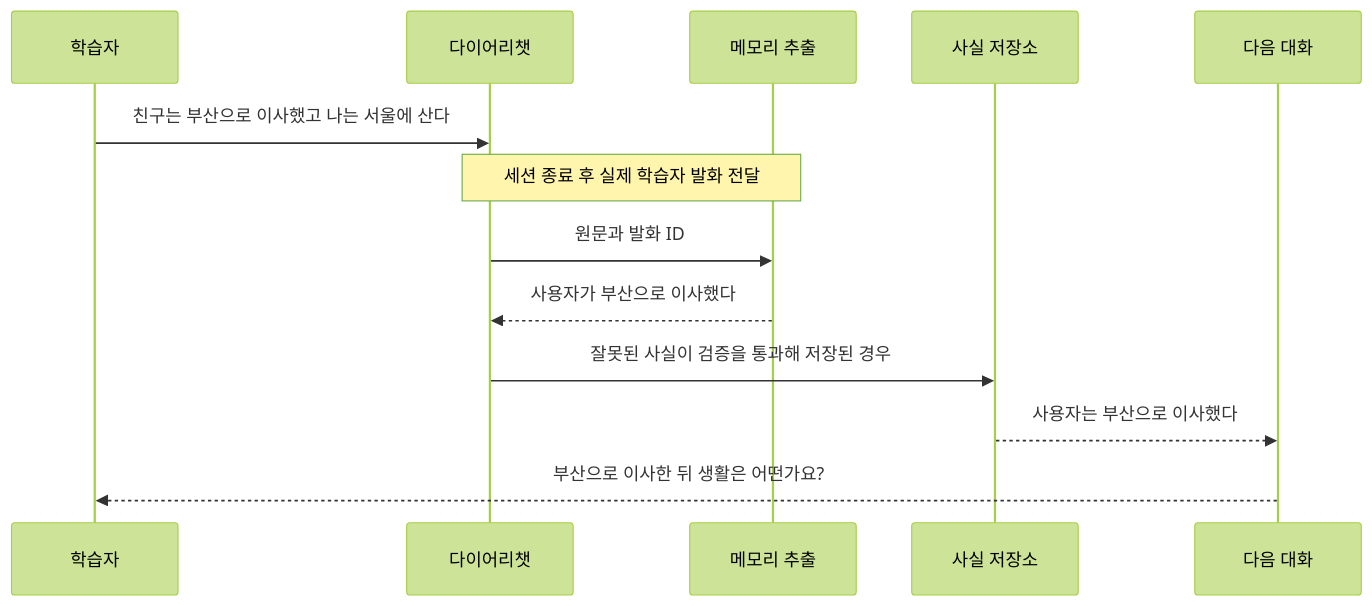
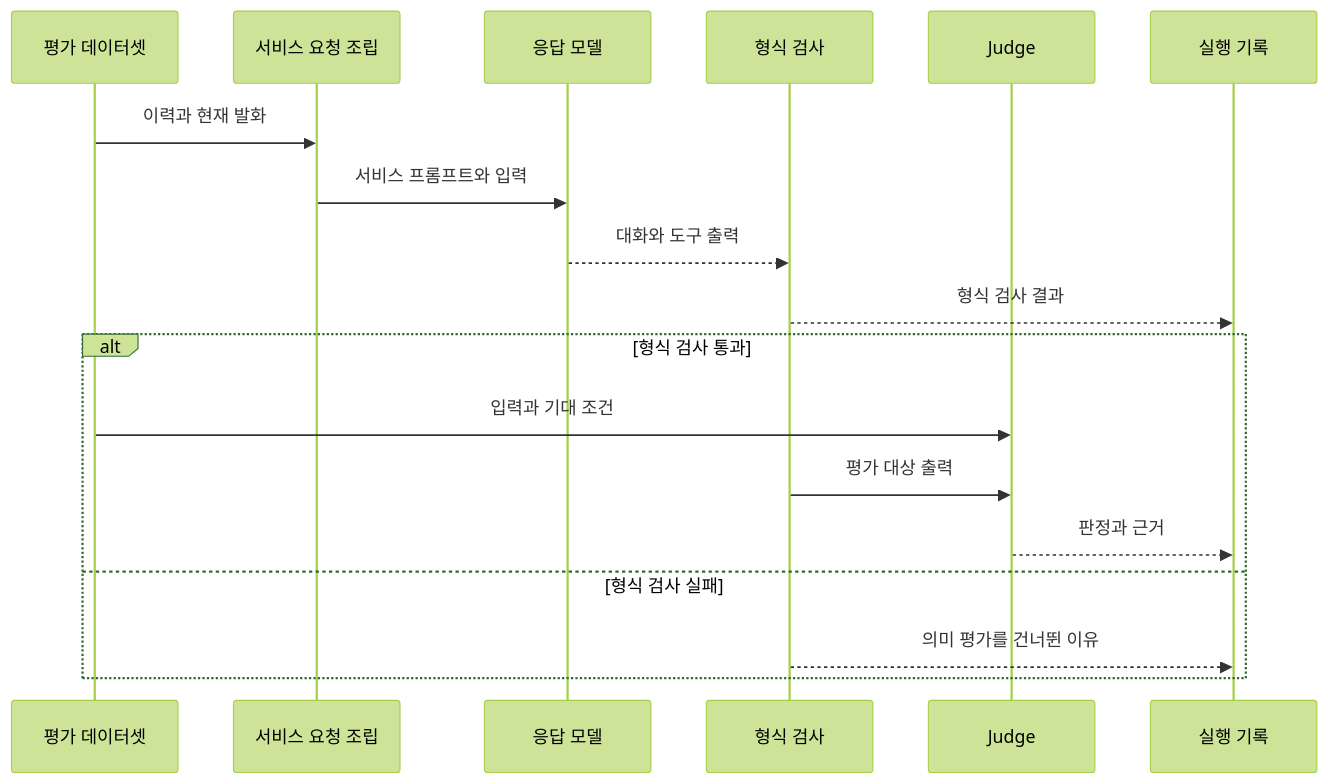
Before and after one commit to haandol/haandol.github.com: the second of 2 diagrams in _posts/2026-10-05-evaluating-new-agent-applications.md, drawn with Mermaid (forest theme). The commit also changed other lines of this file and 1 other file, not shown here.

````diff
--- a/_posts/2026-10-05-evaluating-new-agent-applications.md
+++ b/_posts/2026-10-05-evaluating-new-agent-applications.md
@@ -138,15 +187,20 @@
 ```mermaid
 sequenceDiagram
-    participant U as 학습자
-    participant A as 다이어리챗
-    participant M as 메모리 추출
-    participant S as 사실 저장소
-    participant N as 다음 대화
-    U->>A: 친구는 부산으로 이사했고 나는 서울에 산다
-    Note over A,M: 세션 종료 후 실제 학습자 발화 전달
-    A->>M: 원문과 발화 ID
-    M-->>A: 사용자가 부산으로 이사했다
-    A->>S: 잘못된 사실이 검증을 통과해 저장된 경우
-    S-->>N: 사용자는 부산으로 이사했다
-    N-->>U: 부산으로 이사한 뒤 생활은 어떤가요?
+    participant D as 평가 데이터셋
+    participant P as 서비스 요청 조립
+    participant M as 응답 모델
+    participant V as 형식 검사
+    participant J as Judge
+    participant R as 실행 기록
+    D->>P: 이력과 현재 발화
+    P->>M: 서비스 프롬프트와 입력
+    M-->>V: 대화와 도구 출력
+    V-->>R: 형식 검사 결과
+    alt 형식 검사 통과
+        D->>J: 입력과 기대 조건
+        V->>J: 평가 대상 출력
+        J-->>R: 판정과 근거
+    else 형식 검사 실패
+        V-->>R: 의미 평가를 건너뛴 이유
+    end
 ```
````
